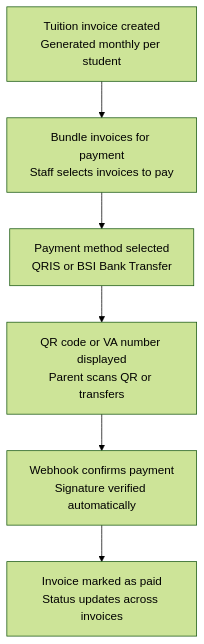
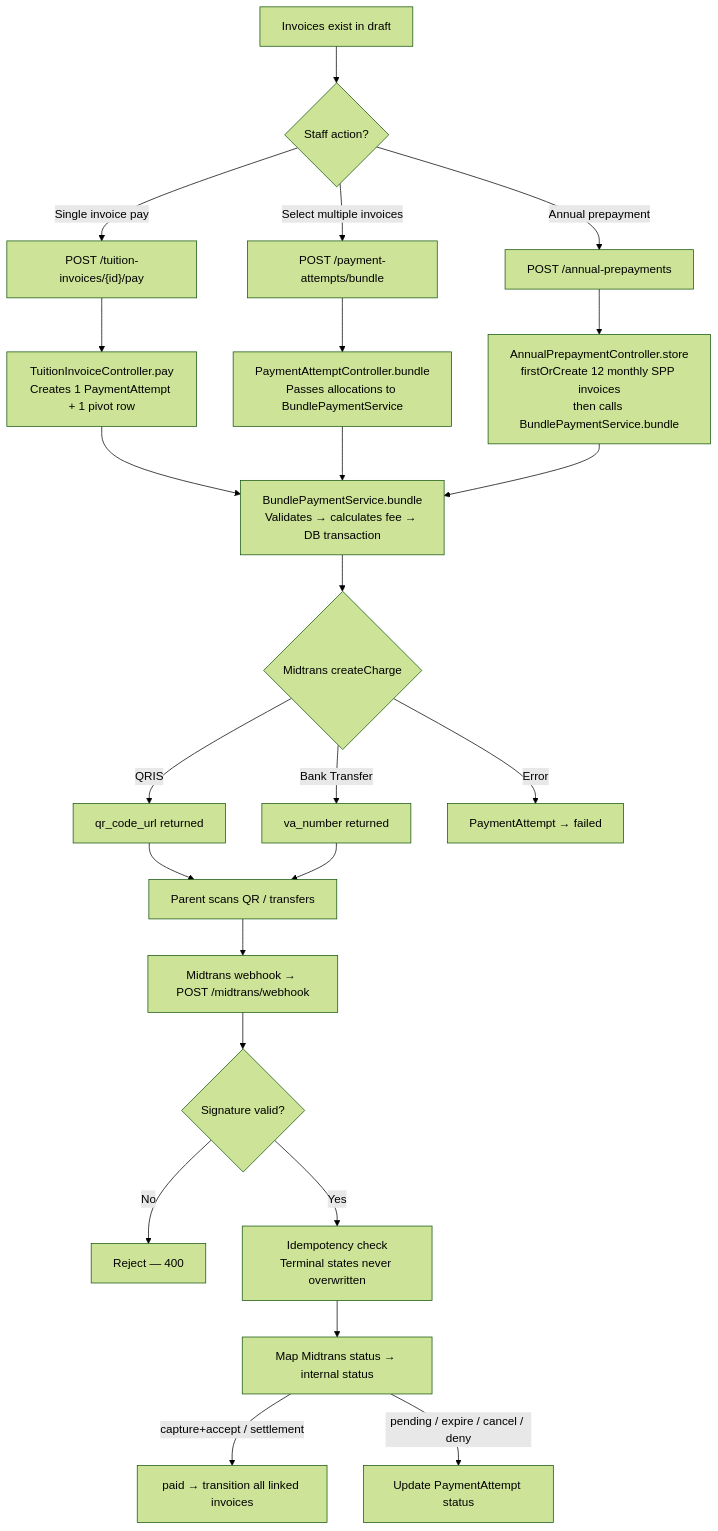
One commit to aslammaududy/alinsyirah-backend changed the first of 14 diagrams in simdik-al-insyirah-diagrams.md. Above: the diagram before and after it, drawn with Mermaid (forest theme). The commit also changed other lines of this file, not shown here.

First line of the commit message:
docs(diagrams): add comprehensive project flow diagrams

````diff
--- a/simdik-al-insyirah-diagrams.md
+++ b/simdik-al-insyirah-diagrams.md
@@ -9,11 +11,32 @@
 ```mermaid
 flowchart TD
-    A["Tuition invoice created<br/>Generated monthly per student"]
-    B["Bundle invoices for payment<br/>Staff selects invoices to pay"]
-    C["Payment method selected<br/>QRIS or BSI Bank Transfer"]
-    D["QR code or VA number displayed<br/>Parent scans QR or transfers"]
-    E["Webhook confirms payment<br/>Signature verified automatically"]
-    F["Invoice marked as paid<br/>Status updates across invoices"]
+    A["Invoices exist in draft"] --> B{"Staff action?"}
 
-    A --> B --> C --> D --> E --> F
+    B -->|"Single invoice pay"| C["POST /tuition-invoices/{id}/pay"]
+    B -->|"Select multiple invoices"| D["POST /payment-attempts/bundle"]
+    B -->|"Annual prepayment"| E["POST /annual-prepayments"]
+
+    C --> F["TuitionInvoiceController.pay<br/>Creates 1 PaymentAttempt + 1 pivot row"]
+    D --> G["PaymentAttemptController.bundle<br/>Passes allocations to BundlePaymentService"]
+    E --> H["AnnualPrepaymentController.store<br/>firstOrCreate 12 monthly SPP invoices<br/>then calls BundlePaymentService.bundle"]
+
+    F --> I["BundlePaymentService.bundle<br/>Validates → calculates fee → DB transaction"]
+    G --> I
+    H --> I
+
+    I --> J{"Midtrans createCharge"}
+    J -->|"QRIS"| K["qr_code_url returned"]
+    J -->|"Bank Transfer"| L["va_number returned"]
+    J -->|"Error"| M["PaymentAttempt → failed"]
+
+    K --> N["Parent scans QR / transfers"]
+    L --> N
+
+    N --> O["Midtrans webhook → POST /midtrans/webhook"]
+    O --> P{"Signature valid?"}
+    P -->|No| Q["Reject — 400"]
+    P -->|Yes| R["Idempotency check<br/>Terminal states never overwritten"]
+    R --> S["Map Midtrans status → internal status"]
+    S -->|"capture+accept / settlement"| T["paid → transition all linked invoices"]
+    S -->|"pending / expire / cancel / deny"| U["Update PaymentAttempt status"]
 ```
````
